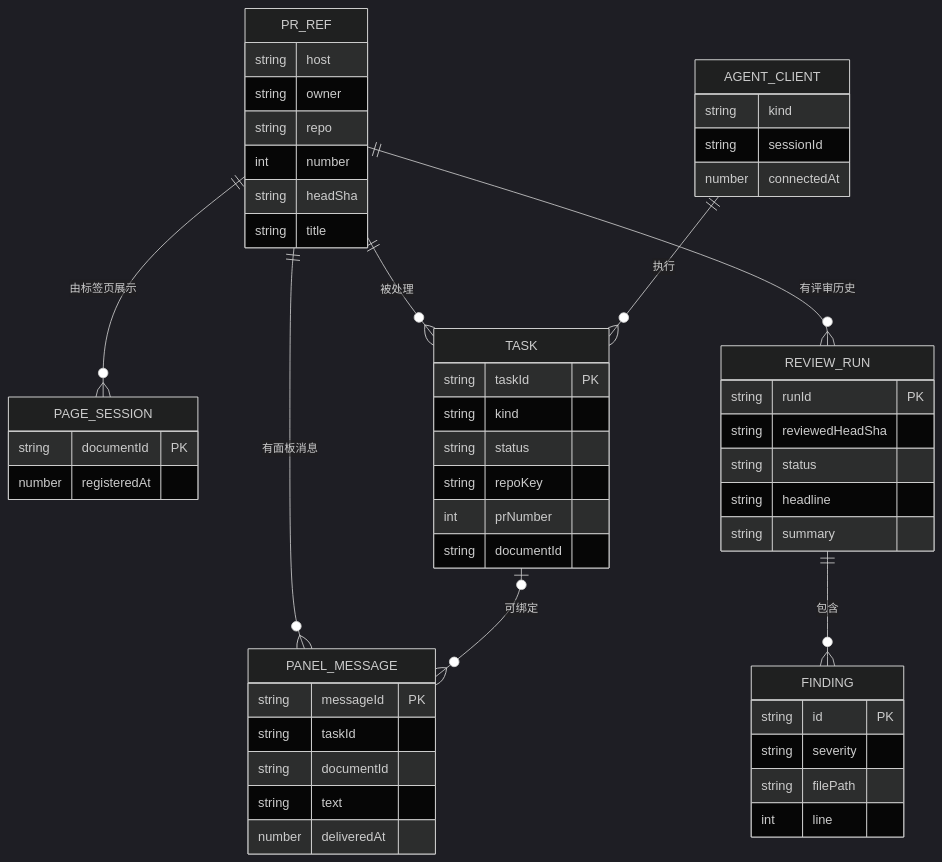
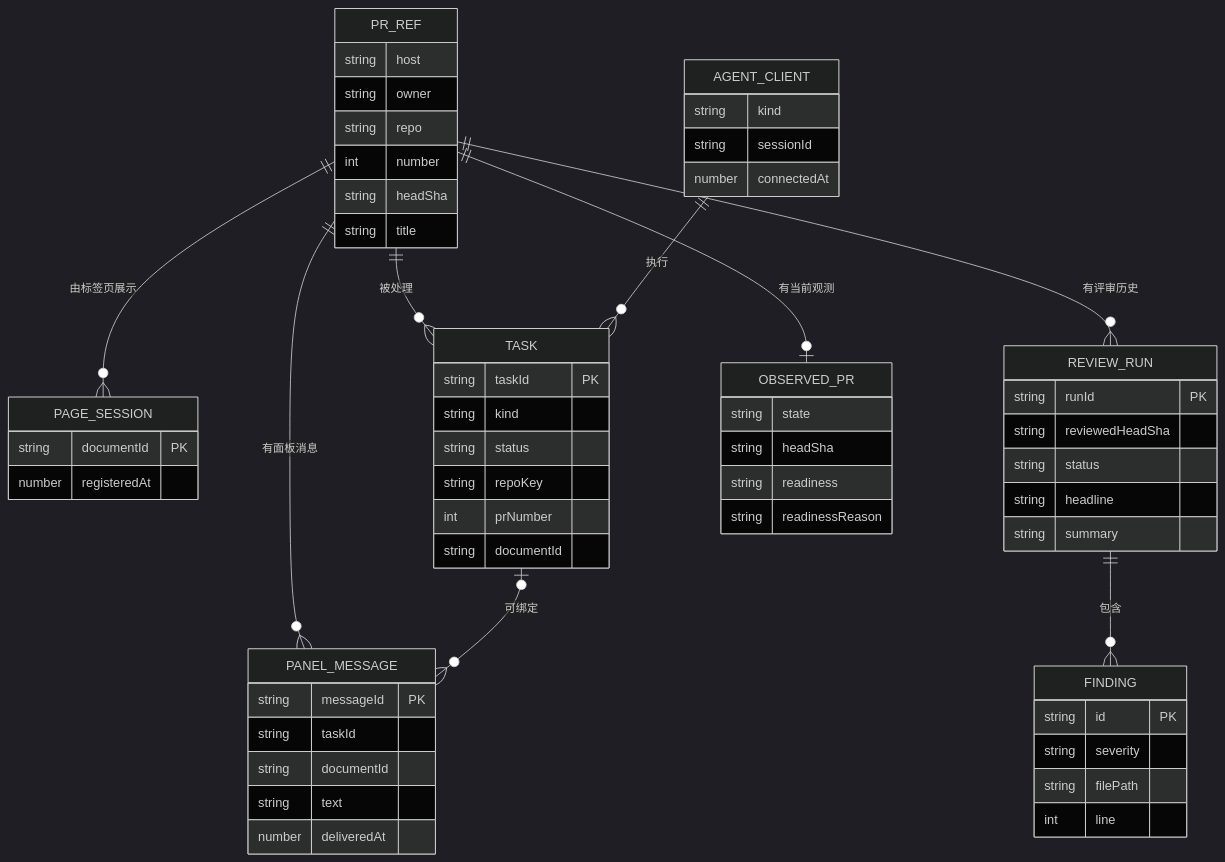
One commit to ZenUml/conf-app changed the second of 3 diagrams in packages/pr-agent-panel/ARCHITECTURE.zh-CN.md. Above: the diagram before and after it, drawn with Mermaid (dark theme). The commit also changed other lines of this file and 1 other file, not shown here.

Commit message:
docs(pr-agent-panel): explain status sync readiness and pagination

````diff
--- a/packages/pr-agent-panel/ARCHITECTURE.zh-CN.md
+++ b/packages/pr-agent-panel/ARCHITECTURE.zh-CN.md
@@ -44,56 +52,63 @@
 ```mermaid
 erDiagram
   PR_REF ||--o{ PAGE_SESSION : "由标签页展示"
   PR_REF ||--o{ TASK : "被处理"
   PR_REF ||--o{ REVIEW_RUN : "有评审历史"
+  PR_REF ||--o| OBSERVED_PR : "有当前观测"
   PR_REF ||--o{ PANEL_MESSAGE : "有面板消息"
   AGENT_CLIENT ||--o{ TASK : "执行"
   TASK o|--o{ PANEL_MESSAGE : "可绑定"
   REVIEW_RUN ||--o{ FINDING : "包含"
 
   PR_REF {
     string host
     string owner
     string repo
     int number
     string headSha
     string title
   }
   PAGE_SESSION {
     string documentId PK
     number registeredAt
   }
   AGENT_CLIENT {
     string kind
     string sessionId
     number connectedAt
   }
   TASK {
     string taskId PK
     string kind
     string status
     string repoKey
     int prNumber
     string documentId
   }
   PANEL_MESSAGE {
     string messageId PK
     string taskId
     string documentId
     string text
     number deliveredAt
   }
   REVIEW_RUN {
     string runId PK
     string reviewedHeadSha
     string status
     string headline
     string summary
   }
+  OBSERVED_PR {
+    string state
+    string headSha
+    string readiness
+    string readinessReason
+  }
   FINDING {
     string id PK
     string severity
     string filePath
     int line
   }
 ```
````
